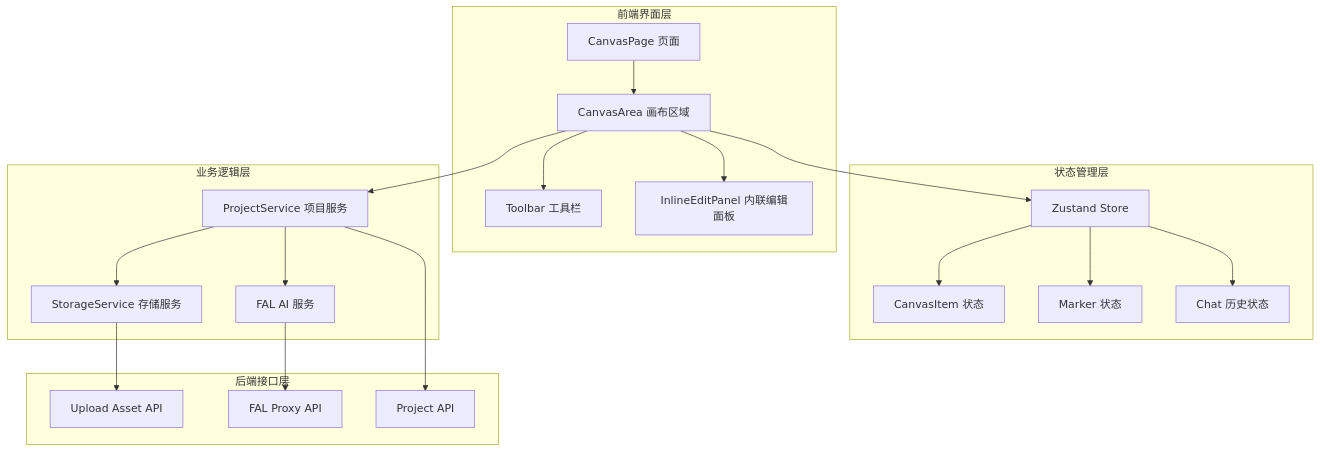
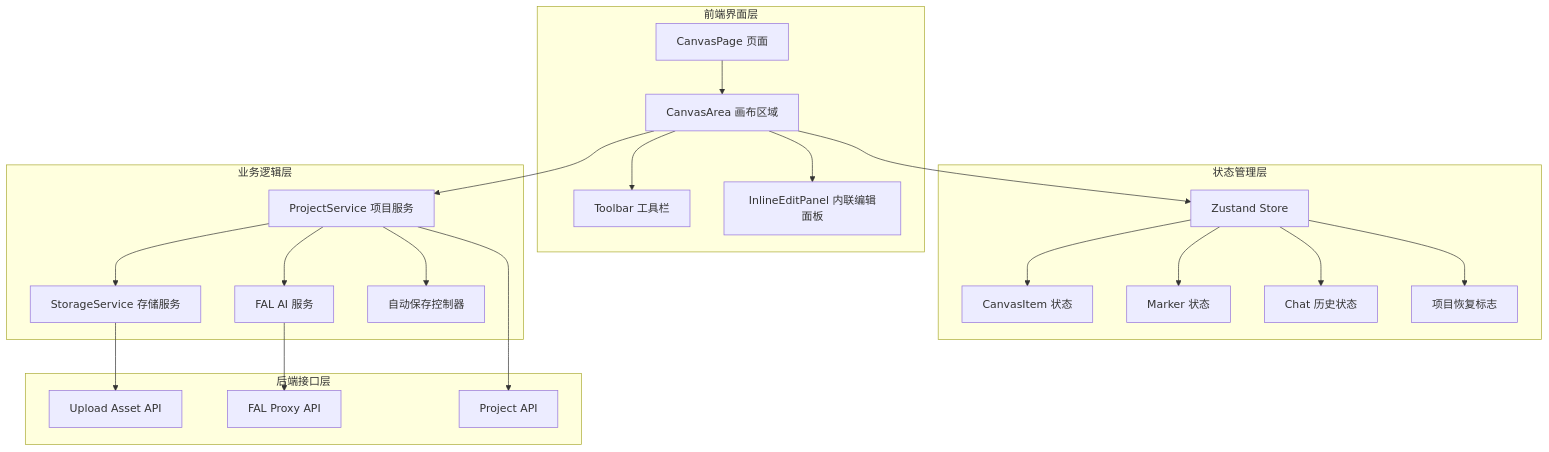
One commit to billye220670/BananaFlow2 changed the first of 15 diagrams in .qoder/repowiki/zh/content/核心功能模块/画布图像加载机制.md. Above: the diagram before and after it, drawn with Mermaid. The commit also changed other lines of this file and 17 other files, not shown here.

First line of the commit message:
refactor: shimmer单元素架构重构，统一图片URL为Supabase单一来源

````diff
--- a/.qoder/repowiki/zh/content/核心功能模块/画布图像加载机制.md
+++ b/.qoder/repowiki/zh/content/核心功能模块/画布图像加载机制.md
@@ -39,38 +47,42 @@
 ```mermaid
 graph TB
 subgraph "前端界面层"
 A[CanvasPage 页面]
 B[CanvasArea 画布区域]
 C[Toolbar 工具栏]
 D[InlineEditPanel 内联编辑面板]
 end
 subgraph "状态管理层"
 E[Zustand Store]
 F[CanvasItem 状态]
 G[Marker 状态]
 H[Chat 历史状态]
+I[项目恢复标志]
 end
 subgraph "业务逻辑层"
-I[ProjectService 项目服务]
-J[StorageService 存储服务]
-K[FAL AI 服务]
+J[ProjectService 项目服务]
+K[StorageService 存储服务]
+L[FAL AI 服务]
+M[自动保存控制器]
 end
 subgraph "后端接口层"
-L[Upload Asset API]
-M[FAL Proxy API]
-N[Project API]
+N[Upload Asset API]
+O[FAL Proxy API]
+P[Project API]
 end
 A --> B
 B --> C
 B --> D
 B --> E
 E --> F
 E --> G
 E --> H
-B --> I
-I --> J
-I --> K
-K --> M
+E --> I
+B --> J
+J --> K
 J --> L
-I --> N
+J --> M
+L --> O
+K --> N
+J --> P
 ```
````
